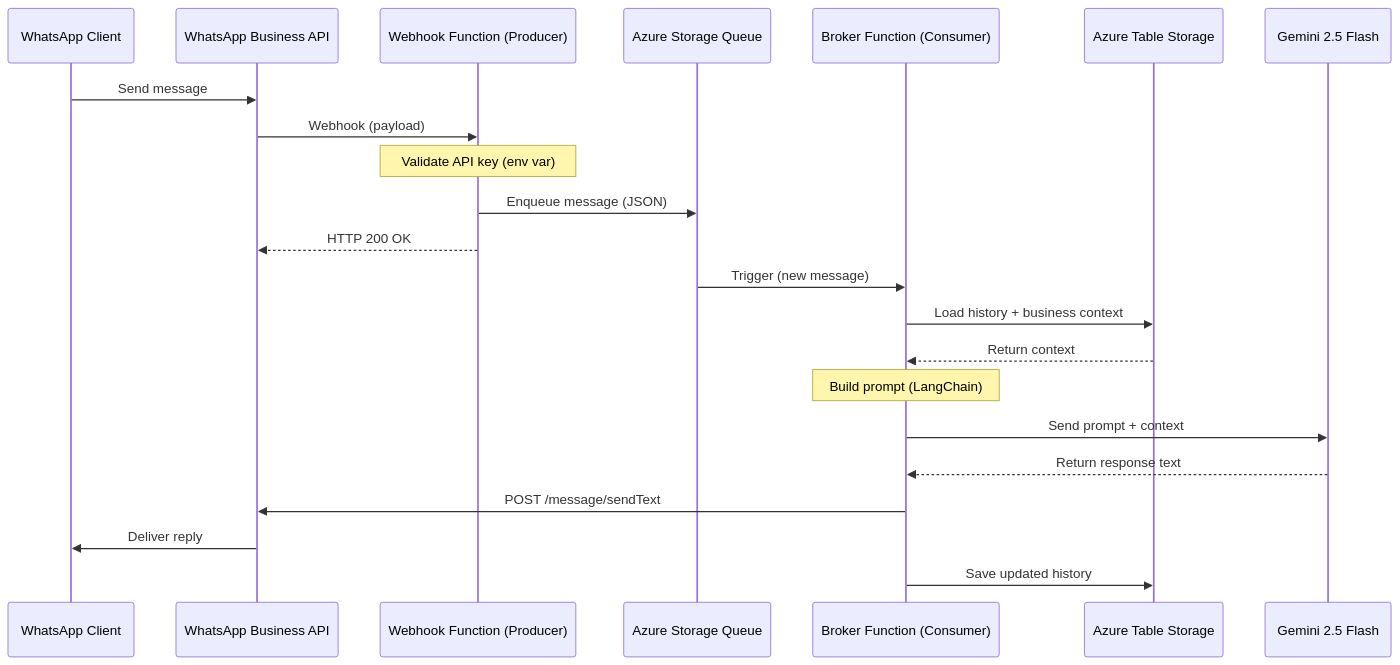
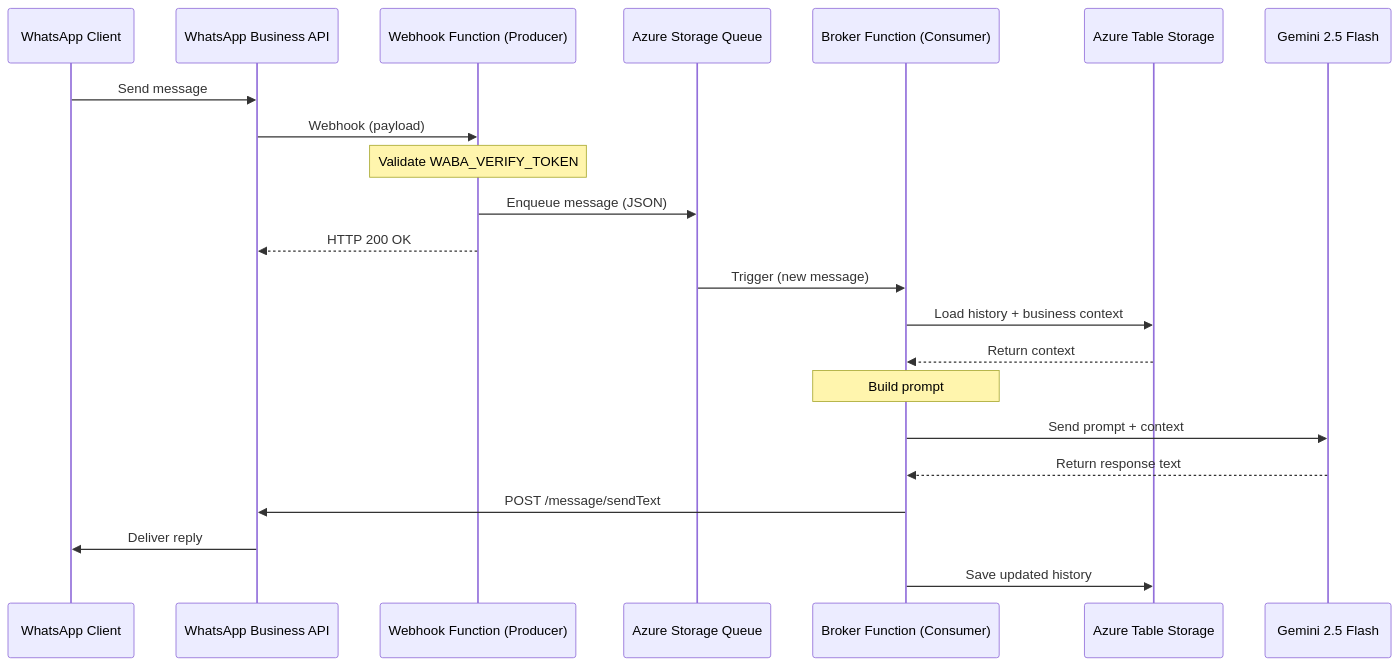
One commit to andre-r-magalhaes/anddo-assist-public changed the diagram in README.md. Above: the diagram before and after it, drawn with Mermaid. The commit also changed other lines of this file and 2 other files, not shown here.

Commit message:
Add pytest coverage for WABA payload conversion

````diff
--- a/README.md
+++ b/README.md
@@ -15,25 +15,25 @@
 ```mermaid
 sequenceDiagram
     participant U as WhatsApp Client
     participant WA as WhatsApp Business API
     participant WH as Webhook Function (Producer)
     participant Q as Azure Storage Queue
     participant BR as Broker Function (Consumer)
     participant DB as Azure Table Storage
     participant AI as Gemini 2.5 Flash
 
     U->>WA: Send message
     WA->>WH: Webhook (payload)
-    Note over WH: Validate API key (env var)
+    Note over WH: Validate WABA_VERIFY_TOKEN
     WH->>Q: Enqueue message (JSON)
     WH-->>WA: HTTP 200 OK
     Q->>BR: Trigger (new message)
     BR->>DB: Load history + business context
     DB-->>BR: Return context
-    Note over BR: Build prompt (LangChain)
+    Note over BR: Build prompt
     BR->>AI: Send prompt + context
     AI-->>BR: Return response text
     BR->>WA: POST /message/sendText
     WA->>U: Deliver reply
     BR->>DB: Save updated history
 ```
````
